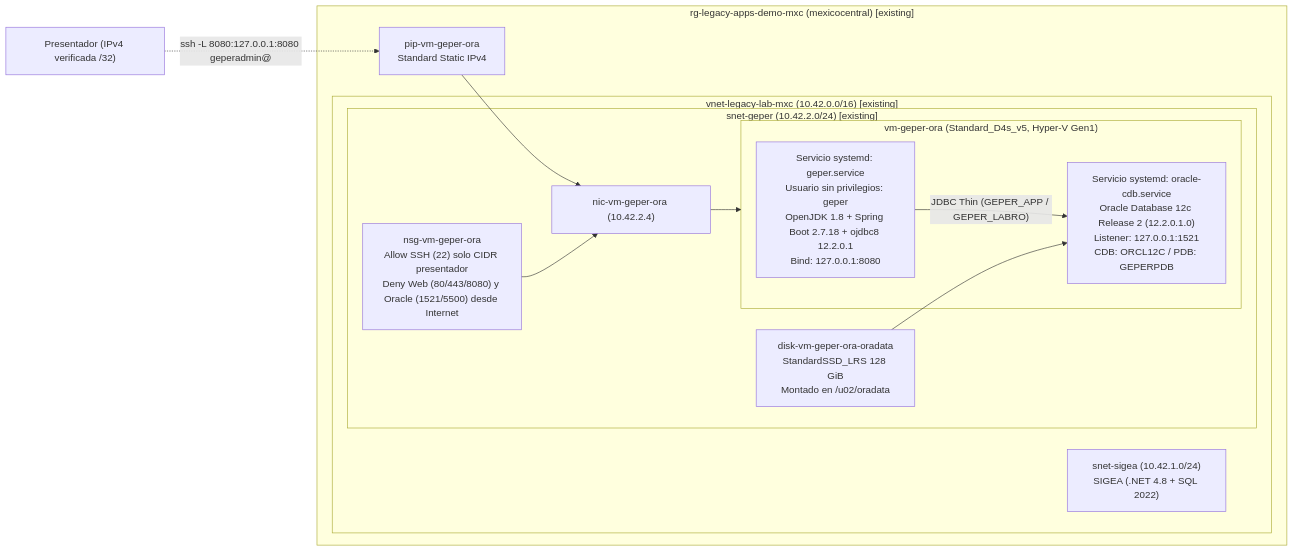
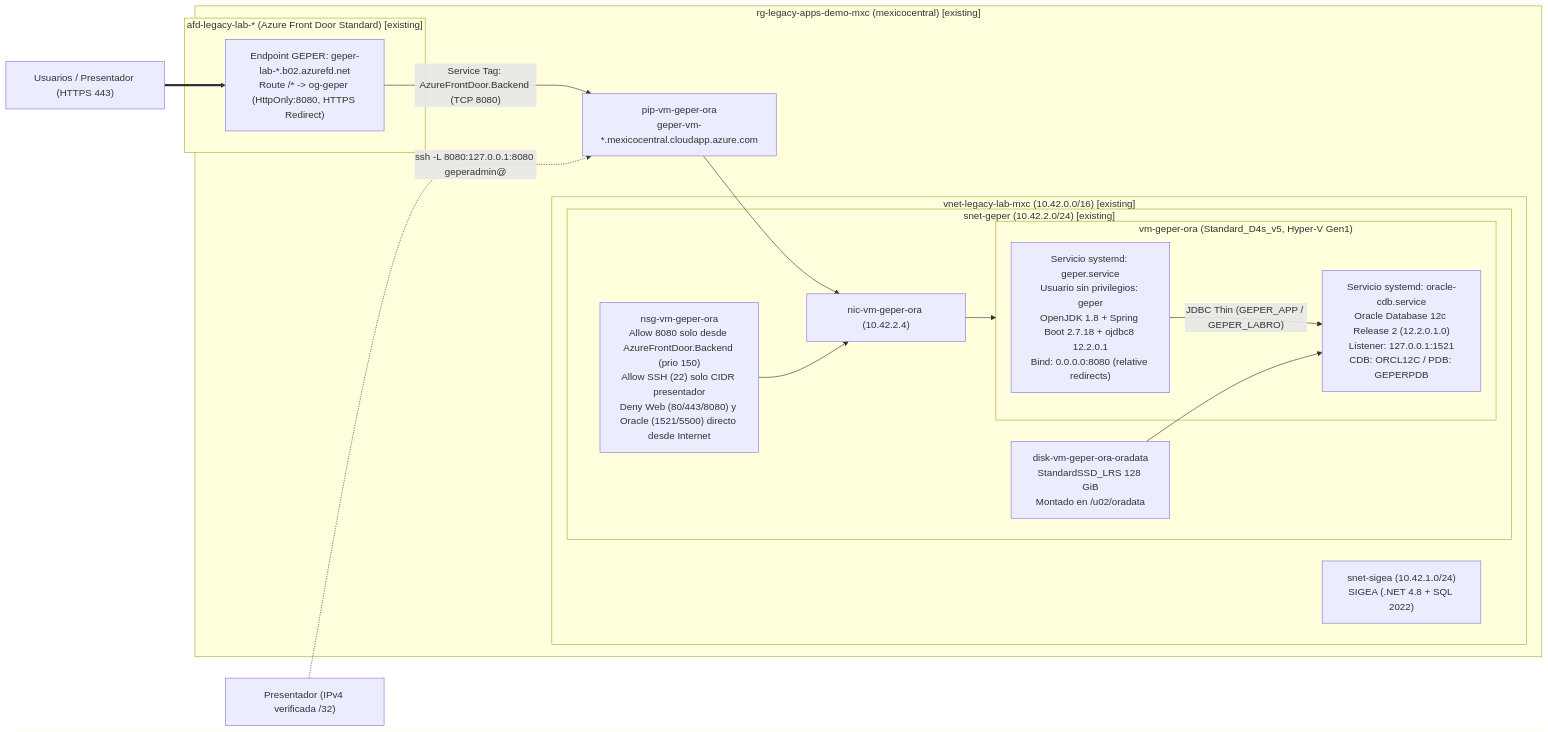
One commit to rxt64/legacy-hr-portal-java changed the diagram in infra/azure/README.md. Above: the diagram before and after it, drawn with Mermaid. The commit also changed other lines of this file and 8 other files, not shown here.

Commit message:
Publish GEPER via shared Azure Front Door Standard and document IaC/security architecture

````diff
--- a/infra/azure/README.md
+++ b/infra/azure/README.md
@@ -11,24 +11,29 @@
 ```mermaid
 flowchart LR
     subgraph SharedRG["rg-legacy-apps-demo-mxc (mexicocentral) [existing]"]
         subgraph SharedVNet["vnet-legacy-lab-mxc (10.42.0.0/16) [existing]"]
             SnetSigea["snet-sigea (10.42.1.0/24)<br/>SIGEA (.NET 4.8 + SQL 2022)"]
             subgraph SnetGeper["snet-geper (10.42.2.0/24) [existing]"]
-                NSGGeper["nsg-vm-geper-ora<br/>Allow SSH (22) solo CIDR presentador<br/>Deny Web (80/443/8080) y Oracle (1521/5500) desde Internet"]
+                NSGGeper["nsg-vm-geper-ora<br/>Allow 8080 solo desde AzureFrontDoor.Backend (prio 150)<br/>Allow SSH (22) solo CIDR presentador<br/>Deny Web (80/443/8080) y Oracle (1521/5500) directo desde Internet"]
                 NICGeper["nic-vm-geper-ora (10.42.2.4)"]
                 subgraph VMGeper["vm-geper-ora (Standard_D4s_v5, Hyper-V Gen1)"]
-                    App["Servicio systemd: geper.service<br/>Usuario sin privilegios: geper<br/>OpenJDK 1.8 + Spring Boot 2.7.18 + ojdbc8 12.2.0.1<br/>Bind: 127.0.0.1:8080"]
+                    App["Servicio systemd: geper.service<br/>Usuario sin privilegios: geper<br/>OpenJDK 1.8 + Spring Boot 2.7.18 + ojdbc8 12.2.0.1<br/>Bind: 0.0.0.0:8080 (relative redirects)"]
                     Ora["Servicio systemd: oracle-cdb.service<br/>Oracle Database 12c Release 2 (12.2.0.1.0)<br/>Listener: 127.0.0.1:1521<br/>CDB: ORCL12C / PDB: GEPERPDB"]
                     App -->|"JDBC Thin (GEPER_APP / GEPER_LABRO)"| Ora
                 end
                 DiskOra["disk-vm-geper-ora-oradata<br/>StandardSSD_LRS 128 GiB<br/>Montado en /u02/oradata"]
                 DiskOra --> Ora
             end
         end
-        PIPGeper["pip-vm-geper-ora<br/>Standard Static IPv4"] --> NICGeper
+        subgraph SharedAFD["afd-legacy-lab-* (Azure Front Door Standard) [existing]"]
+            EpGeper["Endpoint GEPER: geper-lab-*.b02.azurefd.net<br/>Route /* -> og-geper (HttpOnly:8080, HTTPS Redirect)"]
+        end
+        PIPGeper["pip-vm-geper-ora<br/>geper-vm-*.mexicocentral.cloudapp.azure.com"] --> NICGeper
+        EpGeper -->|"Service Tag: AzureFrontDoor.Backend (TCP 8080)"| PIPGeper
         NSGGeper --> NICGeper
         NICGeper --> VMGeper
     end
 
+    Users["Usuarios / Presentador (HTTPS 443)"] ==> EpGeper
     Presenter["Presentador (IPv4 verificada /32)"] -. "ssh -L 8080:127.0.0.1:8080 geperadmin@<PIP>" .-> PIPGeper
 ```
````
